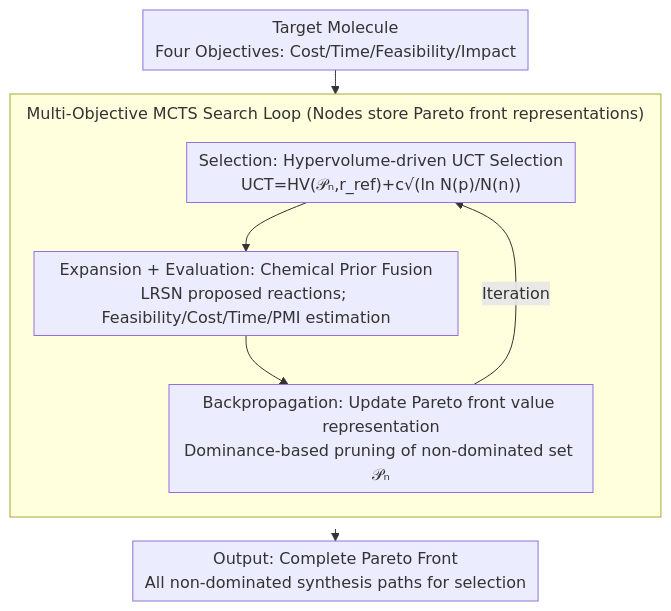
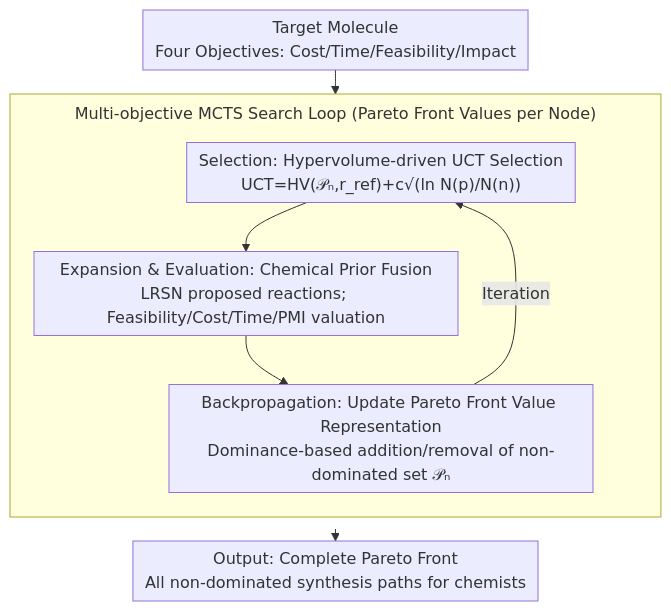
The diagram in docs/ICML2026/computational_biology/from_feasible_to_practical_pareto-optimal_synthesis_planning.md (zhaoyang97/Paper-Notes-en), drawn with Mermaid before and after one commit. The commit also changed other lines of this file and 5084 other files, not shown here.

````diff
--- a/docs/ICML2026/computational_biology/from_feasible_to_practical_pareto-optimal_synthesis_planning.md
+++ b/docs/ICML2026/computational_biology/from_feasible_to_practical_pareto-optimal_synthesis_planning.md
@@ -44,12 +44,12 @@
 ```mermaid
 %%{init: {'flowchart': {'rankSpacing': 24, 'nodeSpacing': 28, 'padding': 6, 'wrappingWidth': 400, 'subGraphTitleMargin': {'top': 8, 'bottom': 16}}}}%%
 flowchart TD
     A["Target Molecule<br/>Four Objectives: Cost/Time/Feasibility/Impact"] --> B
-    subgraph LOOP["Multi-Objective MCTS Search Loop (Nodes store Pareto front representations)"]
+    subgraph LOOP["Multi-objective MCTS Search Loop (Pareto Front Values per Node)"]
         direction TB
-        B["Selection: Hypervolume-driven UCT Selection<br/>UCT=HV(𝒫ₙ,r_ref)+c√(ln N(p)/N(n))"] --> C["Expansion + Evaluation: Chemical Prior Fusion<br/>LRSN proposed reactions; Feasibility/Cost/Time/PMI estimation"]
-        C --> D["Backpropagation: Update Pareto front value representation<br/>Dominance-based pruning of non-dominated set 𝒫ₙ"]
+        B["Selection: Hypervolume-driven UCT Selection<br/>UCT=HV(𝒫ₙ,r_ref)+c√(ln N(p)/N(n))"] --> C["Expansion & Evaluation: Chemical Prior Fusion<br/>LRSN proposed reactions; Feasibility/Cost/Time/PMI valuation"]
+        C --> D["Backpropagation: Update Pareto Front Value Representation<br/>Dominance-based addition/removal of non-dominated set 𝒫ₙ"]
     end
     D -->|Iteration| B
-    LOOP --> E["Output: Complete Pareto Front<br/>All non-dominated synthesis paths for selection"]
+    LOOP --> E["Output: Complete Pareto Front<br/>All non-dominated synthesis paths for chemists"]
 ```
````
